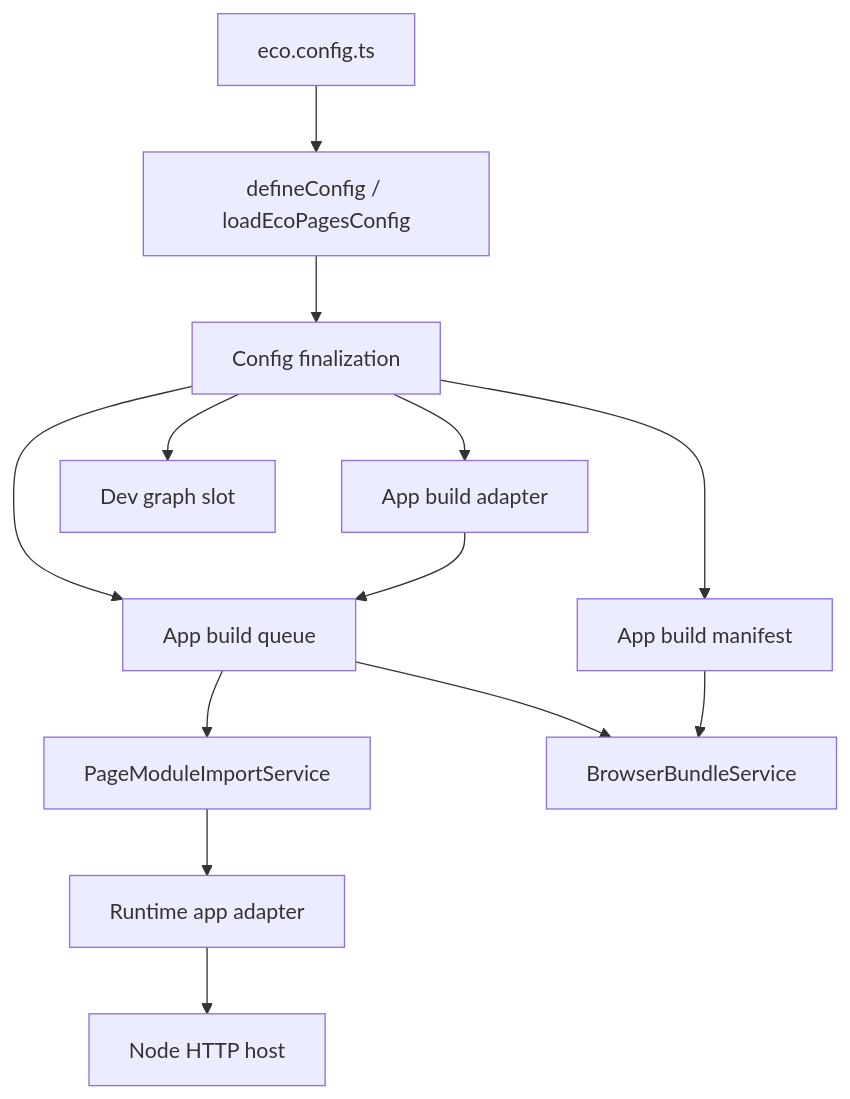
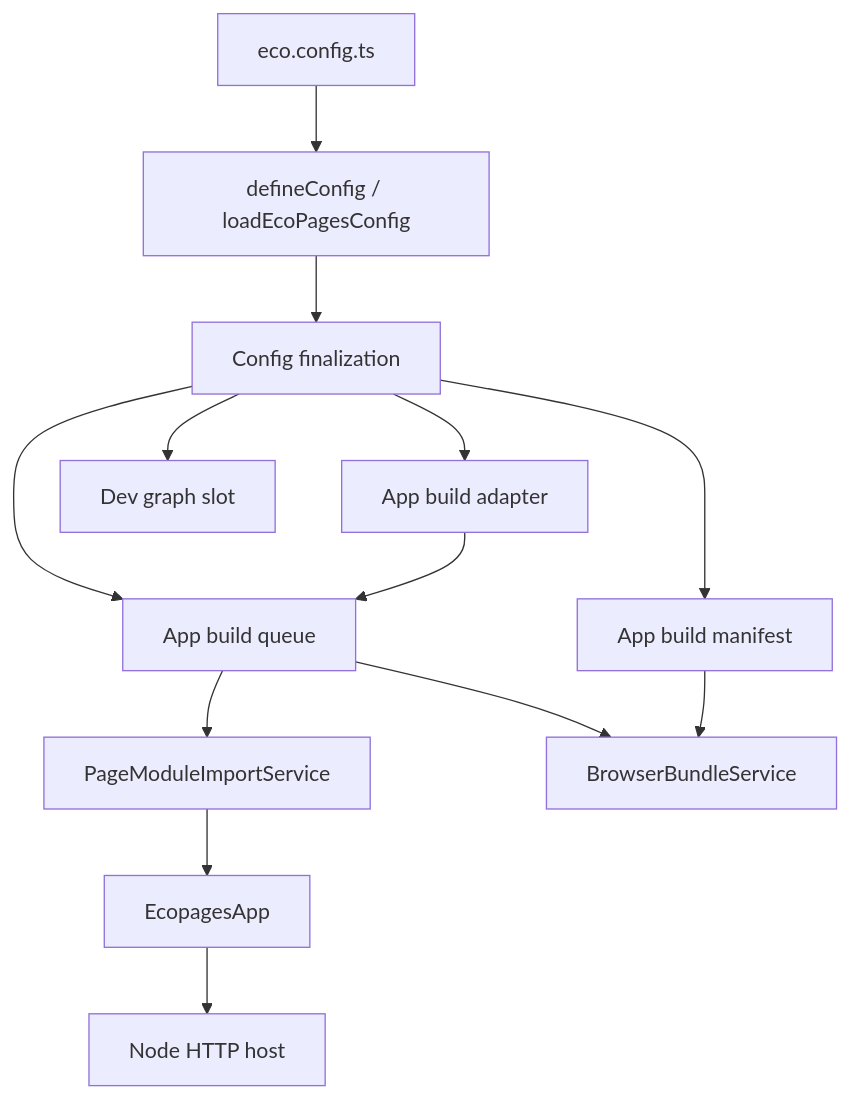
Before and after one commit to ecopages/ecopages: the first of 2 diagrams in packages/core/README.md, drawn with Mermaid. The commit also changed other lines of this file and 15 other files, not shown here.

````diff
--- a/packages/core/README.md
+++ b/packages/core/README.md
@@ -40,15 +40,15 @@
 ```mermaid
 flowchart TD
 	A[eco.config.ts] --> B[defineConfig / loadEcoPagesConfig]
 	B --> C[Config finalization]
 	C --> D[App build adapter]
 	C --> E[App build manifest]
 	C --> F[App build queue]
 	C --> G[Dev graph slot]
 	D --> F
 	F --> I[PageModuleImportService]
 	F --> J[BrowserBundleService]
-	I --> K[Runtime app adapter]
+	I --> K[EcopagesApp]
 	K --> L[Node HTTP host]
 	E --> J
 ```
````
